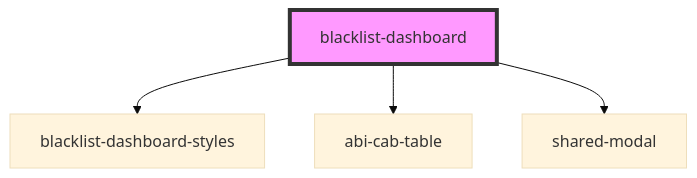
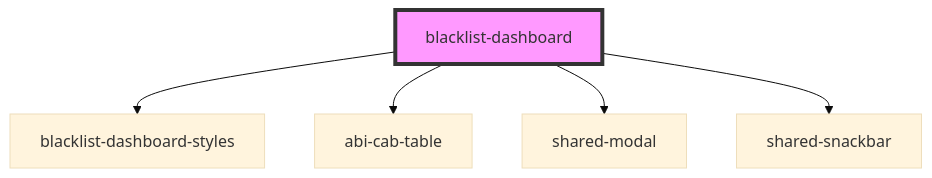
One commit to chiarazetaa/sorgenia-blacklist-webcomponent changed the diagram in src/components/blacklist-dashboard/readme.md. Above: the diagram before and after it, drawn with Mermaid (base theme). The commit also changed other lines of this file and 10 other files, not shown here.

````diff
--- a/src/components/blacklist-dashboard/readme.md
+++ b/src/components/blacklist-dashboard/readme.md
@@ -24,7 +25,8 @@
 ```mermaid
 graph TD;
   blacklist-dashboard --> blacklist-dashboard-styles
   blacklist-dashboard --> abi-cab-table
   blacklist-dashboard --> shared-modal
+  blacklist-dashboard --> shared-snackbar
   style blacklist-dashboard fill:#f9f,stroke:#333,stroke-width:4px
 ```
````
